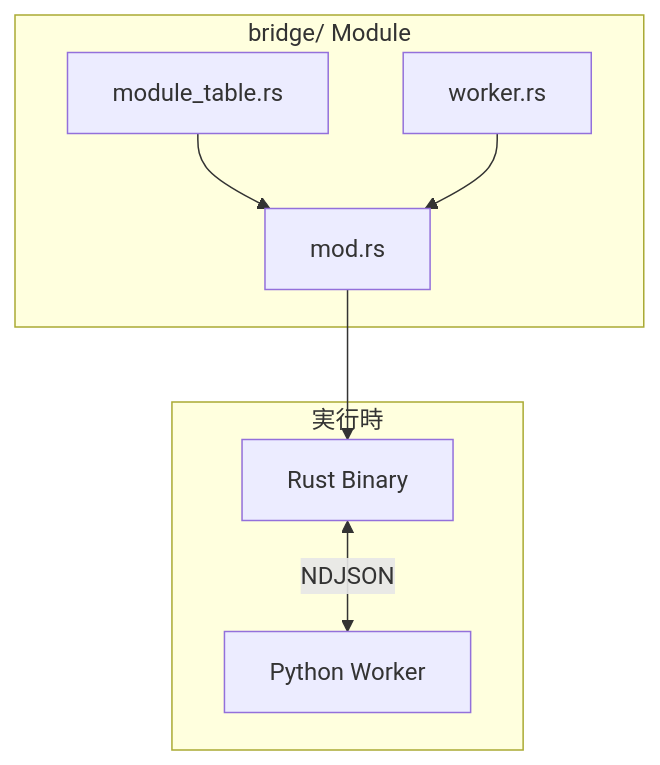
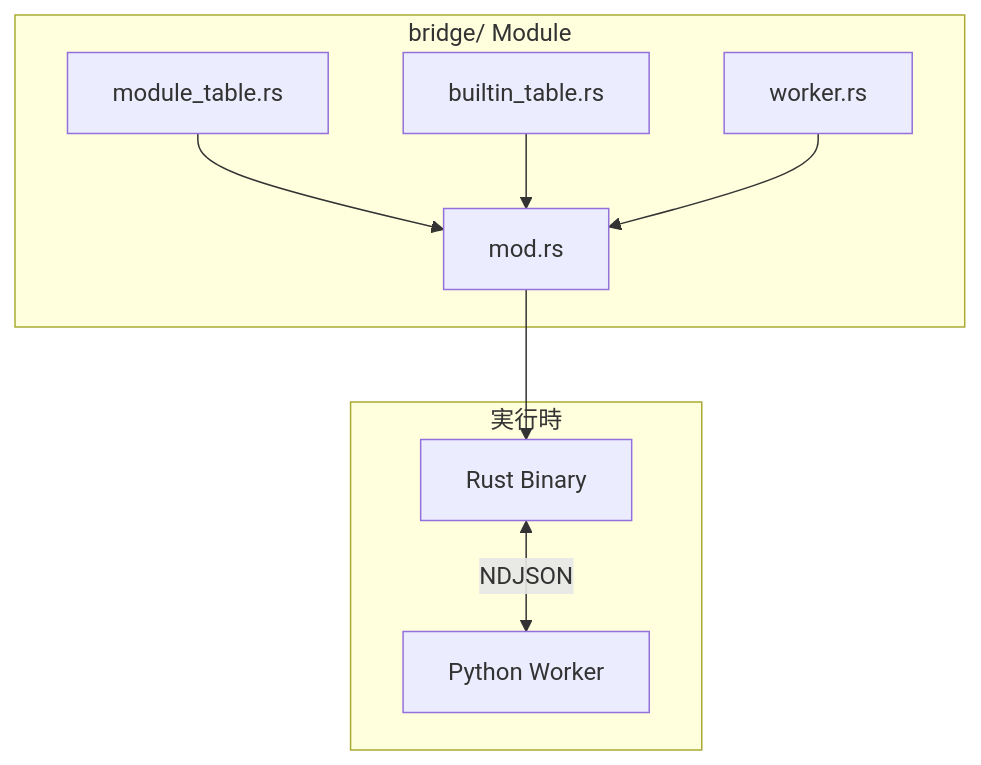
The third of 7 diagrams in docs/system-design.md (tanep3/Tsuchinoko), drawn with Mermaid before and after one commit. The commit also changed other lines of this file and 15 other files, not shown here.

Commit message:
refactor: finalize builtin table + lowering normalization

````diff
--- a/docs/system-design.md
+++ b/docs/system-design.md
@@ -145,18 +218,20 @@
 ```mermaid
 flowchart TB
     subgraph Bridge["bridge/ Module"]
         TABLE[module_table.rs]
+        BUILTIN[builtin_table.rs]
         WORKER[worker.rs]
         RUNTIME[mod.rs]
     end
     
     subgraph Runtime["実行時"]
         RUST[Rust Binary]
         PYTHON[Python Worker]
     end
     
     TABLE --> RUNTIME
+    BUILTIN --> RUNTIME
     WORKER --> RUNTIME
     RUNTIME --> RUST
     RUST <-->|NDJSON| PYTHON
 ```
````
